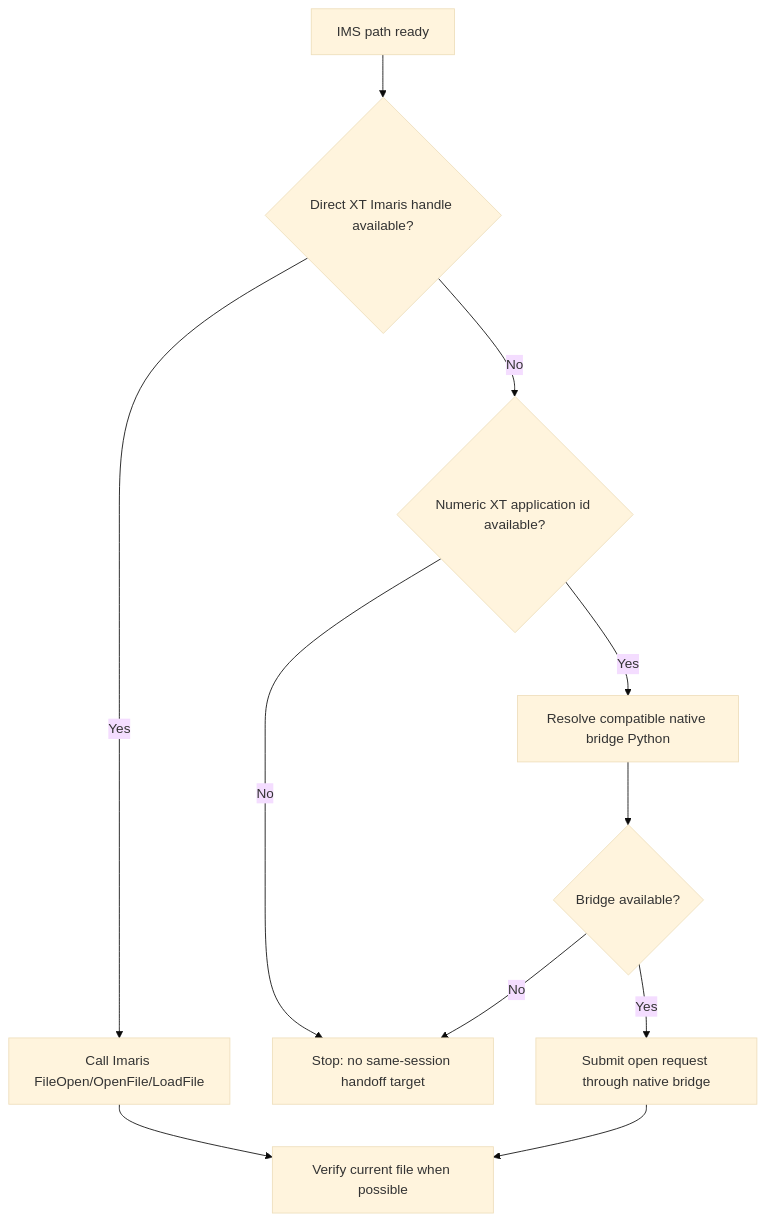
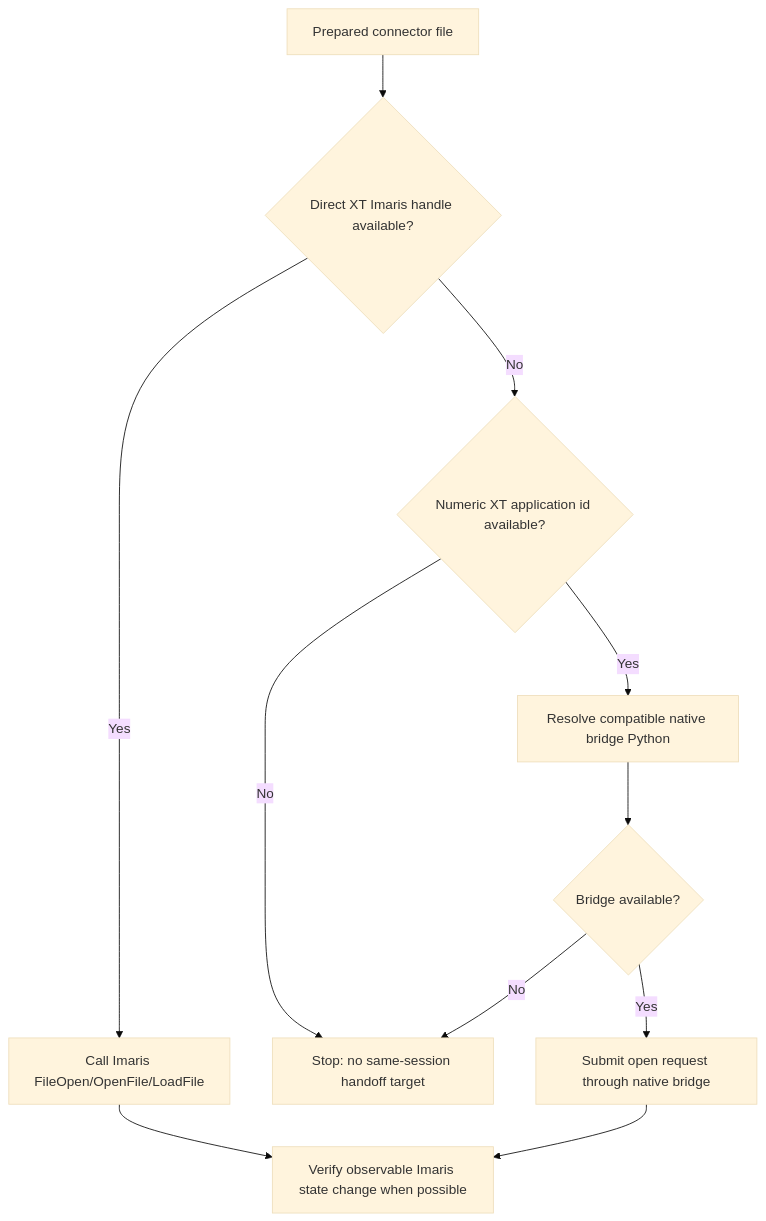
The sixth of 7 diagrams in docs/plugins/imaris-connector-workflow.md (ZMB-UZH/omero-docker-extended), drawn with Mermaid (base theme) before and after one commit. The commit also changed other lines of this file and 8 other files, not shown here.

````diff
--- a/docs/plugins/imaris-connector-workflow.md
+++ b/docs/plugins/imaris-connector-workflow.md
@@ -241,13 +189,13 @@
 ```mermaid
 flowchart TD
-    A[IMS path ready] --> B{Direct XT Imaris handle available?}
+    A[Prepared connector file] --> B{Direct XT Imaris handle available?}
     B -->|Yes| C[Call Imaris FileOpen/OpenFile/LoadFile]
     B -->|No| D{Numeric XT application id available?}
     D -->|No| E[Stop: no same-session handoff target]
     D -->|Yes| F[Resolve compatible native bridge Python]
     F --> G{Bridge available?}
     G -->|Yes| H[Submit open request through native bridge]
     G -->|No| E
-    C --> K[Verify current file when possible]
+    C --> K[Verify observable Imaris state change when possible]
     H --> K
 ```
````
